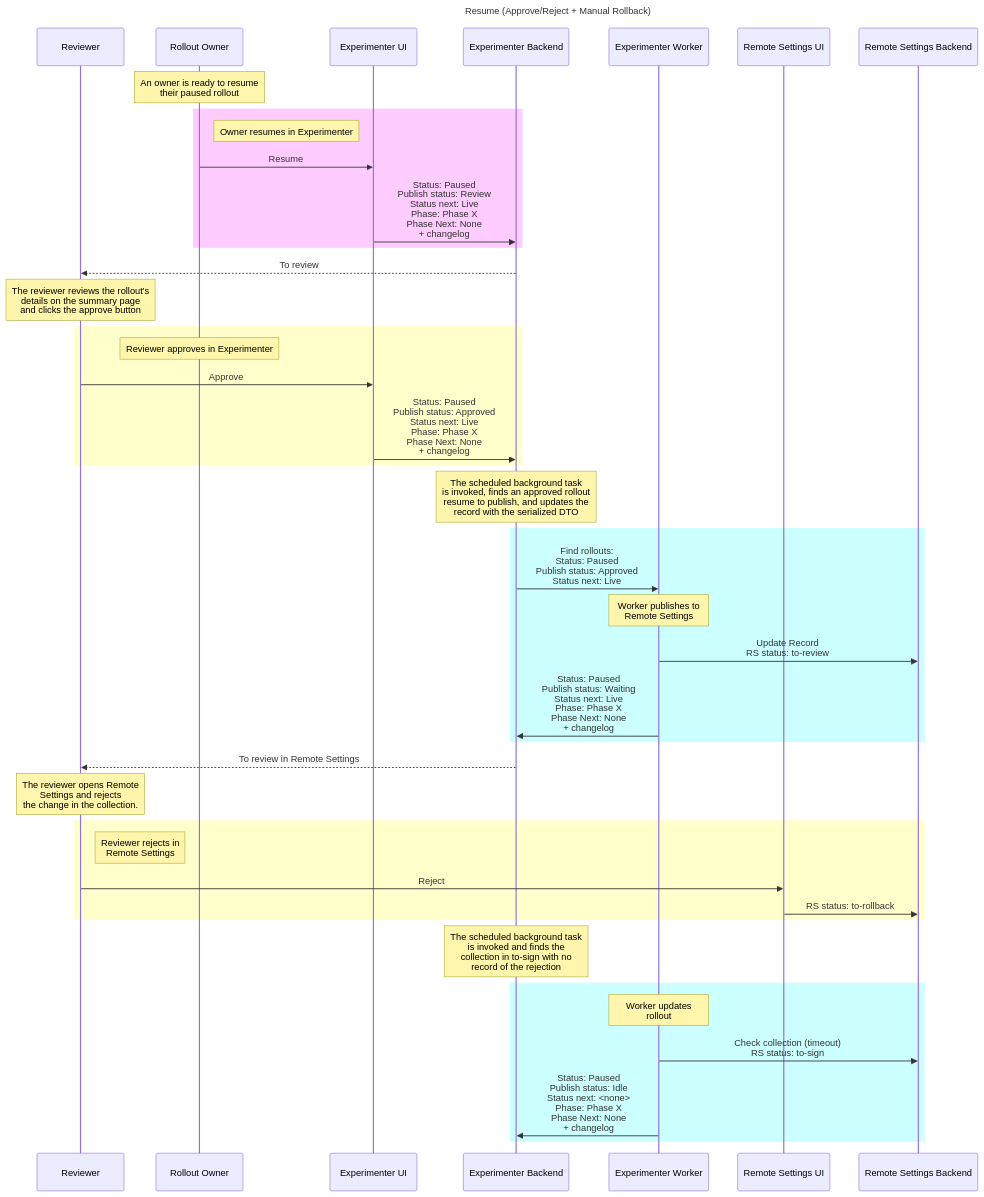
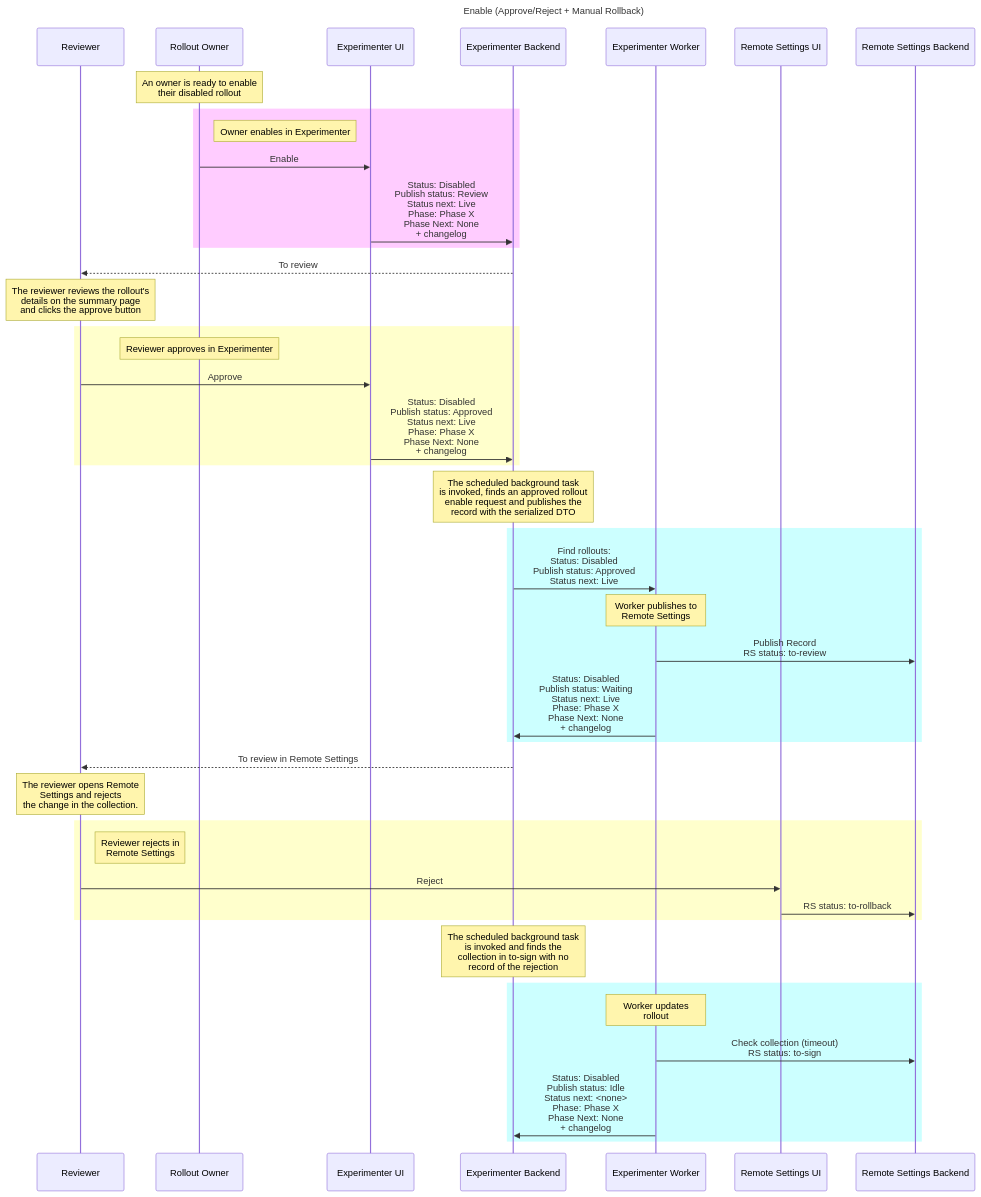
Diagram 25 of 27 in docs/experimenter/rollouts.md (mozilla/experimenter), drawn with Mermaid before and after one commit. The commit also changed other lines of this file, not shown here.

First line of the commit message:
docs(nimbus): Add rollout mermaid diagrams

````diff
--- a/docs/experimenter/rollouts.md
+++ b/docs/experimenter/rollouts.md
@@ -1144,55 +1144,55 @@
 ```mermaid
   sequenceDiagram
     participant Reviewer
     participant Rollout Owner
     participant Experimenter UI
     participant Experimenter Backend
     participant Experimenter Worker
     participant Remote Settings UI
     participant Remote Settings Backend
-    title Resume (Approve/Reject + Manual Rollback)
+    title Enable (Approve/Reject + Manual Rollback)
 
-    Note over Rollout Owner: An owner is ready to resume <br/> their paused rollout
+    Note over Rollout Owner: An owner is ready to enable <br/> their disabled rollout
 
     rect rgb(255,204,255)
-        Note right of Rollout Owner: Owner resumes in Experimenter
-        Rollout Owner->>Experimenter UI: Resume
-        Experimenter UI->>Experimenter Backend: Status: Paused <br/> Publish status: Review <br/> Status next: Live <br/> Phase: Phase X <br/> Phase Next: None <br/> + changelog
+        Note right of Rollout Owner: Owner enables in Experimenter
+        Rollout Owner->>Experimenter UI: Enable
+        Experimenter UI->>Experimenter Backend: Status: Disabled <br/> Publish status: Review <br/> Status next: Live <br/> Phase: Phase X <br/> Phase Next: None <br/> + changelog
     end
 
     Experimenter Backend-->>Reviewer: To review
     Note over Reviewer: The reviewer reviews the rollout's <br/> details on the summary page <br/> and clicks the approve button
 
     rect rgb(255,255,204)
         Note over Rollout Owner: Reviewer approves in Experimenter
         Reviewer->>Experimenter UI: Approve
-        Experimenter UI->>Experimenter Backend: Status: Paused <br/> Publish status: Approved <br/> Status next: Live <br/> Phase: Phase X <br/> Phase Next: None <br/> + changelog
+        Experimenter UI->>Experimenter Backend: Status: Disabled <br/> Publish status: Approved <br/> Status next: Live <br/> Phase: Phase X <br/> Phase Next: None <br/> + changelog
     end
 
-    Note over Experimenter Backend: The scheduled background task <br/> is invoked, finds an approved rollout <br/> resume to publish, and updates the <br/> record with the serialized DTO
+    Note over Experimenter Backend: The scheduled background task <br/> is invoked, finds an approved rollout <br/> enable request and publishes the <br/> record with the serialized DTO
 
     rect rgb(204,255,255)
-        Experimenter Backend->>Experimenter Worker: Find rollouts: <br/> Status: Paused <br/> Publish status: Approved <br/> Status next: Live
+        Experimenter Backend->>Experimenter Worker: Find rollouts: <br/> Status: Disabled <br/> Publish status: Approved <br/> Status next: Live
         Note over Experimenter Worker: Worker publishes to <br/>Remote Settings
-        Experimenter Worker->>Remote Settings Backend: Update Record <br/> RS status: to-review
-        Experimenter Worker->>Experimenter Backend: Status: Paused <br/> Publish status: Waiting <br/> Status next: Live <br/> Phase: Phase X <br/> Phase Next: None <br/> + changelog
+        Experimenter Worker->>Remote Settings Backend: Publish Record <br/> RS status: to-review
+        Experimenter Worker->>Experimenter Backend: Status: Disabled <br/> Publish status: Waiting <br/> Status next: Live <br/> Phase: Phase X <br/> Phase Next: None <br/> + changelog
     end
 
     Experimenter Backend-->>Reviewer: To review in Remote Settings
 
     Note over Reviewer: The reviewer opens Remote <br/> Settings and rejects <br/> the change in the collection.
 
     rect rgb(255,255,204)
         Note right of Reviewer: Reviewer rejects in <br/>Remote Settings
         Reviewer->>Remote Settings UI: Reject
         Remote Settings UI->>Remote Settings Backend: RS status: to-rollback
     end
 
     Note over Experimenter Backend: The scheduled background task <br/> is invoked and finds the <br/> collection in to-sign with no <br/> record of the rejection
 
     rect rgb(204,255,255)
         Note over Experimenter Worker: Worker updates <br/> rollout
         Experimenter Worker->>Remote Settings Backend: Check collection (timeout) <br/> RS status: to-sign
-        Experimenter Worker->>Experimenter Backend:  Status: Paused <br/> Publish status: Idle <br/> Status next: <none> <br/> Phase: Phase X <br/> Phase Next: None <br/> + changelog
+        Experimenter Worker->>Experimenter Backend:  Status: Disabled <br/> Publish status: Idle <br/> Status next: <none> <br/> Phase: Phase X <br/> Phase Next: None <br/> + changelog
     end
 ```
````
